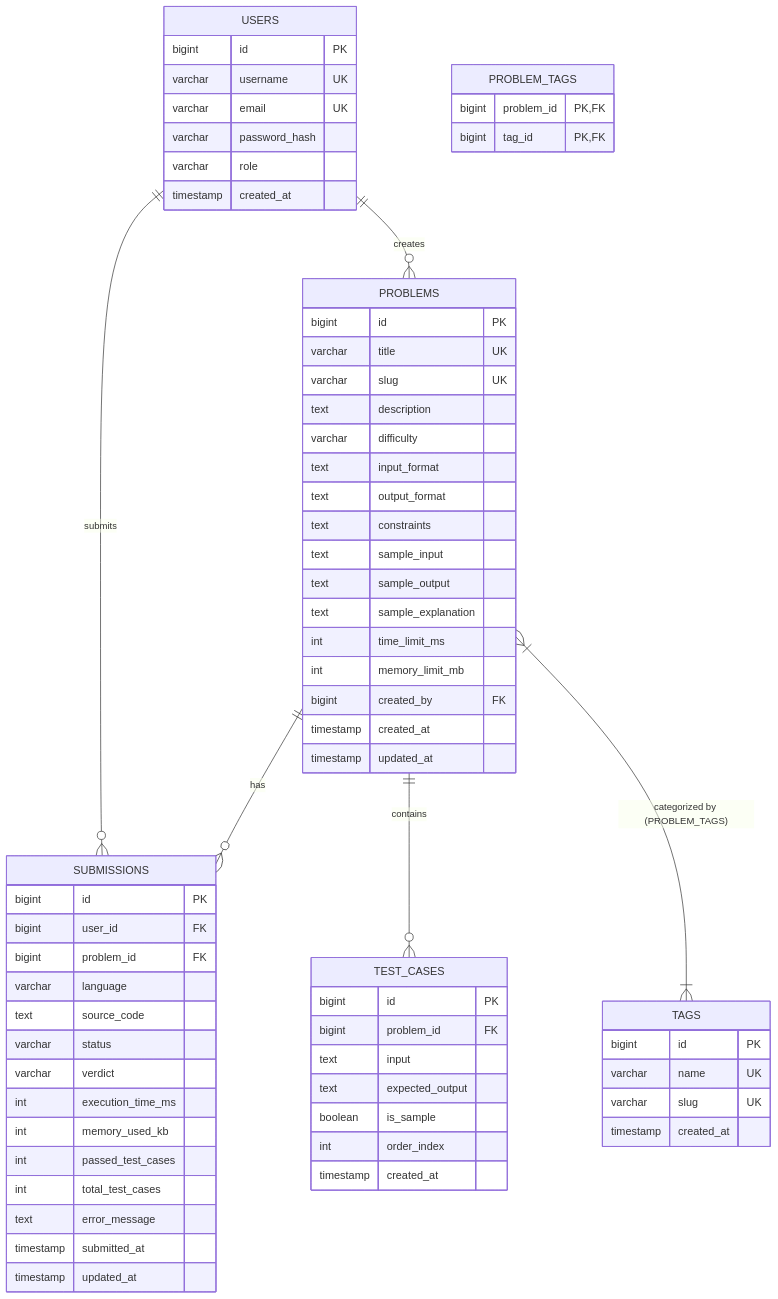
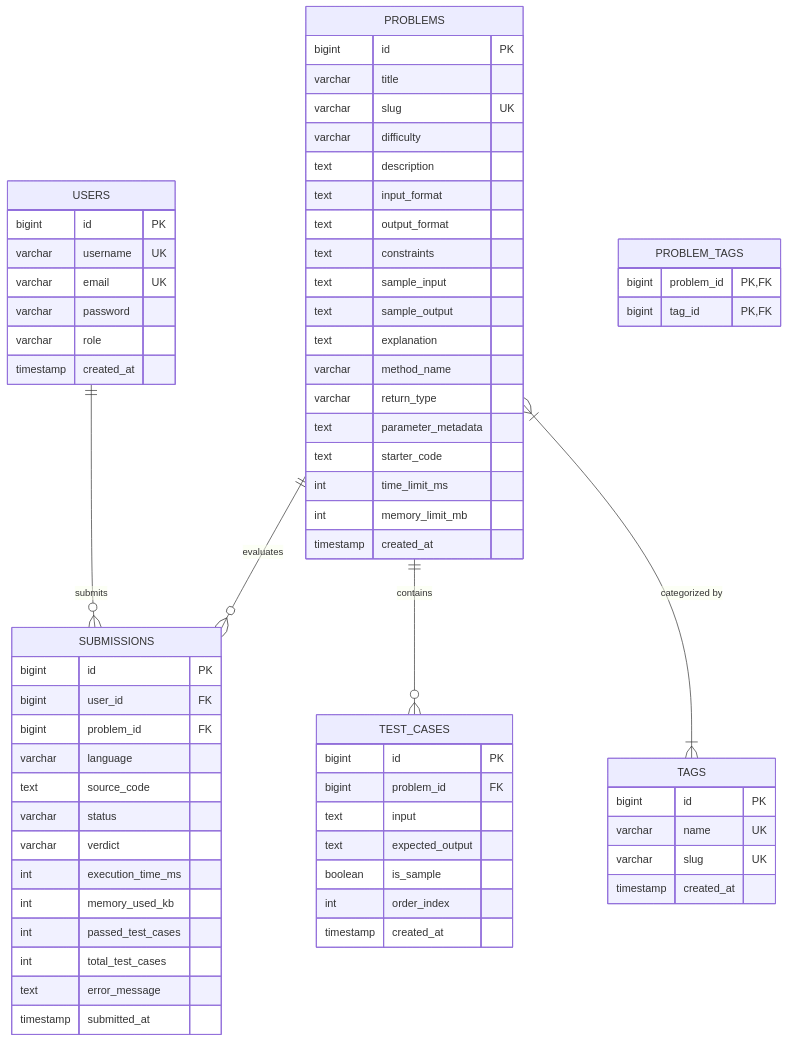
One commit to sars-23/Project-Apricorn_1 changed the second of 2 diagrams in README.md. Above: the diagram before and after it, drawn with Mermaid. The commit also changed other lines of this file and 11 other files, not shown here.

````diff
--- a/README.md
+++ b/README.md
@@ -92,75 +77,75 @@
 ```mermaid
 erDiagram
     USERS {
         bigint id PK
         varchar username UK
         varchar email UK
-        varchar password_hash
+        varchar password
         varchar role
         timestamp created_at
     }
 
     PROBLEMS {
         bigint id PK
-        varchar title UK
+        varchar title
         varchar slug UK
+        varchar difficulty
         text description
-        varchar difficulty
         text input_format
         text output_format
         text constraints
         text sample_input
         text sample_output
-        text sample_explanation
+        text explanation
+        varchar method_name
+        varchar return_type
+        text parameter_metadata
+        text starter_code
         int time_limit_ms
         int memory_limit_mb
-        bigint created_by FK
         timestamp created_at
-        timestamp updated_at
     }
 
     TAGS {
         bigint id PK
         varchar name UK
         varchar slug UK
         timestamp created_at
     }
 
     PROBLEM_TAGS {
         bigint problem_id PK, FK
         bigint tag_id PK, FK
     }
 
     TEST_CASES {
         bigint id PK
         bigint problem_id FK
         text input
         text expected_output
         boolean is_sample
         int order_index
         timestamp created_at
     }
 
     SUBMISSIONS {
         bigint id PK
         bigint user_id FK
         bigint problem_id FK
         varchar language
         text source_code
         varchar status
         varchar verdict
         int execution_time_ms
         int memory_used_kb
         int passed_test_cases
         int total_test_cases
         text error_message
         timestamp submitted_at
-        timestamp updated_at
     }
 
     USERS ||--o{ SUBMISSIONS : "submits"
-    PROBLEMS ||--o{ SUBMISSIONS : "has"
+    PROBLEMS ||--o{ SUBMISSIONS : "evaluates"
     PROBLEMS ||--o{ TEST_CASES : "contains"
-    PROBLEMS }|--|{ TAGS : "categorized by (PROBLEM_TAGS)"
-    USERS ||--o{ PROBLEMS : "creates"
+    PROBLEMS }|--|{ TAGS : "categorized by"
 ```
````
